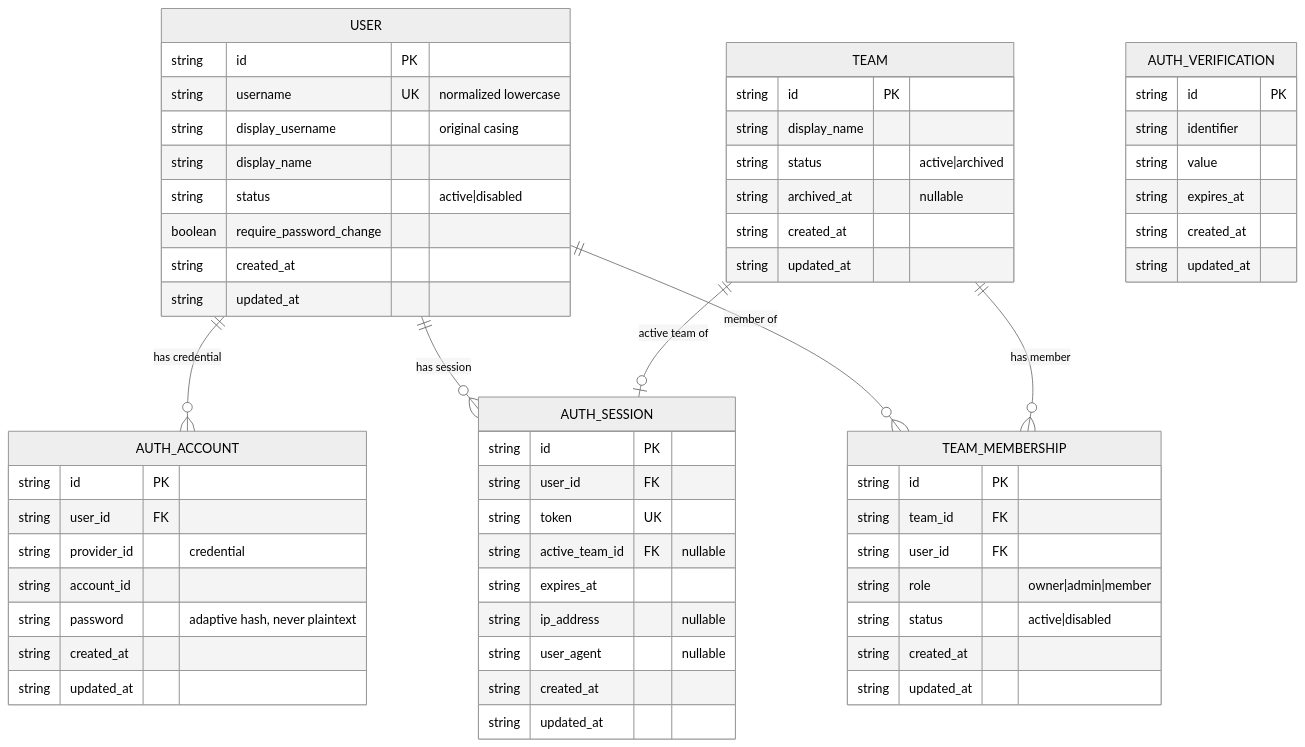
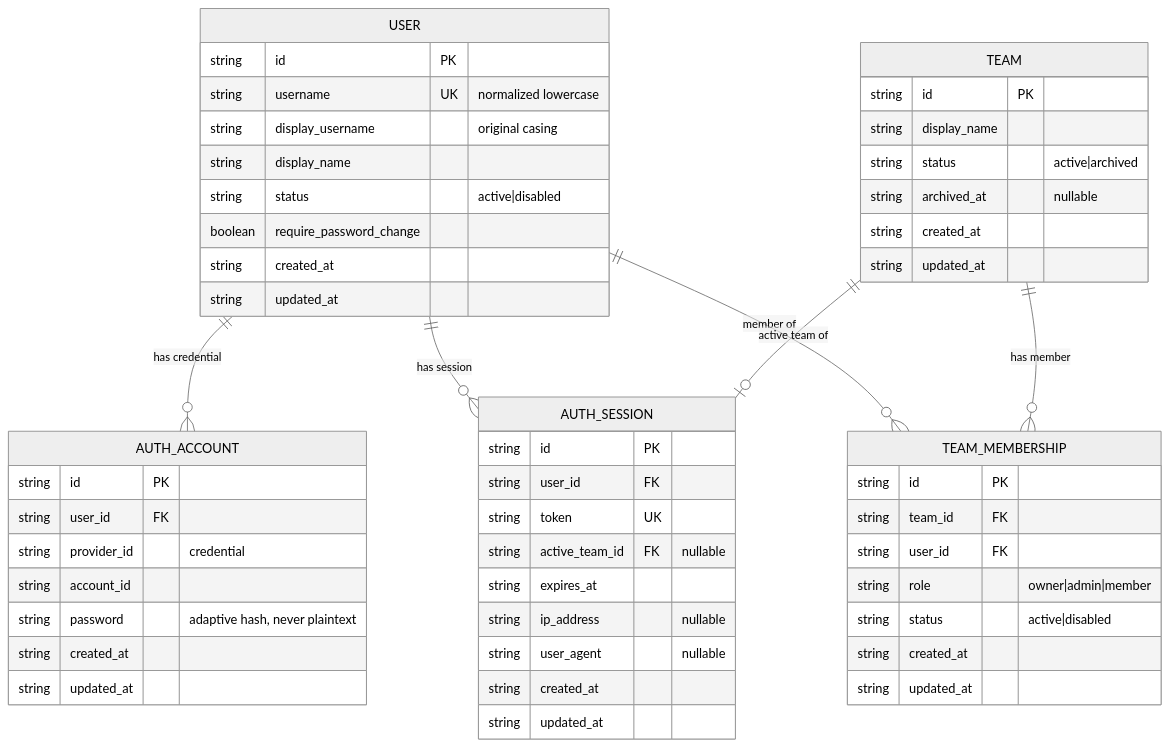
The diagram in specs/043-identity-team-rbac/data-model.md (Arcadia822/mystra), drawn with Mermaid (neutral theme) before and after one commit. The commit also changed other lines of this file and 149 other files, not shown here.

````diff
--- a/specs/043-identity-team-rbac/data-model.md
+++ b/specs/043-identity-team-rbac/data-model.md
@@ -34,64 +35,56 @@
 ```mermaid
 erDiagram
   USER ||--o{ AUTH_ACCOUNT : "has credential"
   USER ||--o{ AUTH_SESSION : "has session"
   USER ||--o{ TEAM_MEMBERSHIP : "member of"
   TEAM ||--o{ TEAM_MEMBERSHIP : "has member"
   TEAM ||--o| AUTH_SESSION : "active team of"
 
   USER {
     string id PK
     string username UK "normalized lowercase"
     string display_username "original casing"
     string display_name
     string status "active|disabled"
     boolean require_password_change
     string created_at
     string updated_at
   }
   AUTH_ACCOUNT {
     string id PK
     string user_id FK
     string provider_id "credential"
     string account_id
     string password "adaptive hash, never plaintext"
     string created_at
     string updated_at
   }
   AUTH_SESSION {
     string id PK
     string user_id FK
     string token UK
     string active_team_id FK "nullable"
     string expires_at
     string ip_address "nullable"
     string user_agent "nullable"
     string created_at
     string updated_at
   }
-  AUTH_VERIFICATION {
-    string id PK
-    string identifier
-    string value
-    string expires_at
-    string created_at
-    string updated_at
-  }
   TEAM {
     string id PK
     string display_name
     string status "active|archived"
     string archived_at "nullable"
     string created_at
     string updated_at
   }
   TEAM_MEMBERSHIP {
     string id PK
     string team_id FK
     string user_id FK
     string role "owner|admin|member"
     string status "active|disabled"
     string created_at
     string updated_at
   }
 ```
````
